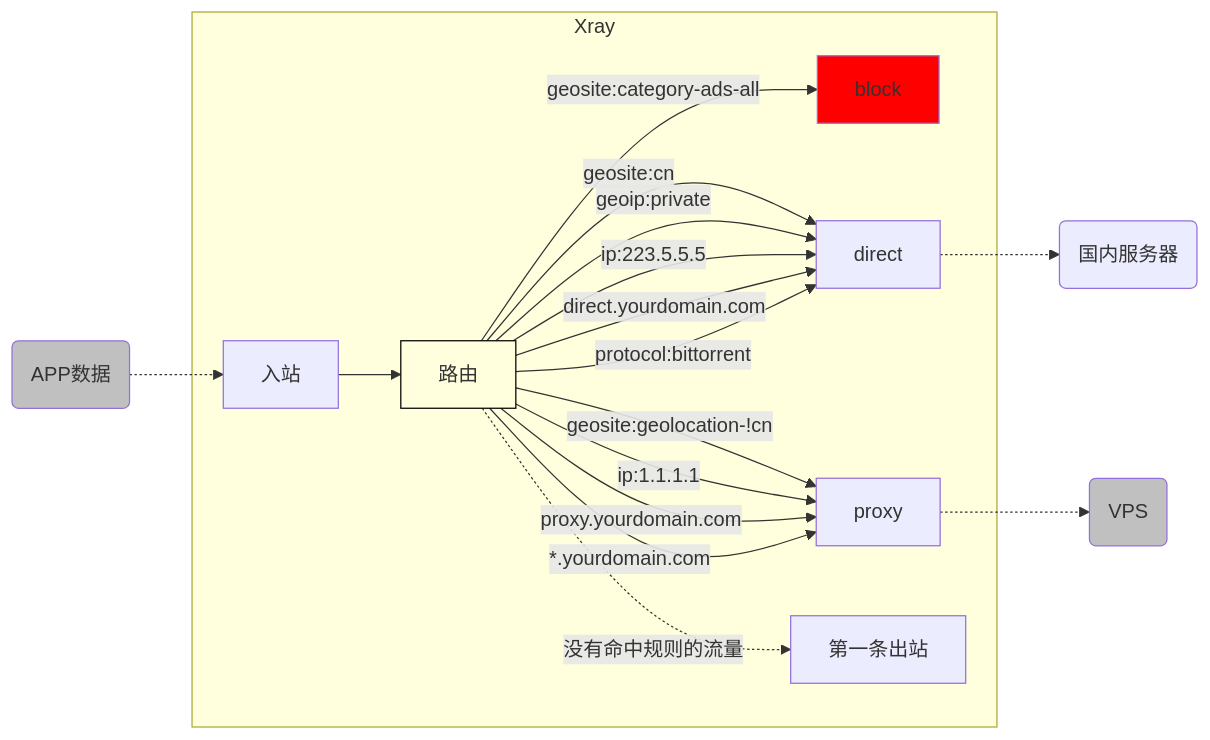
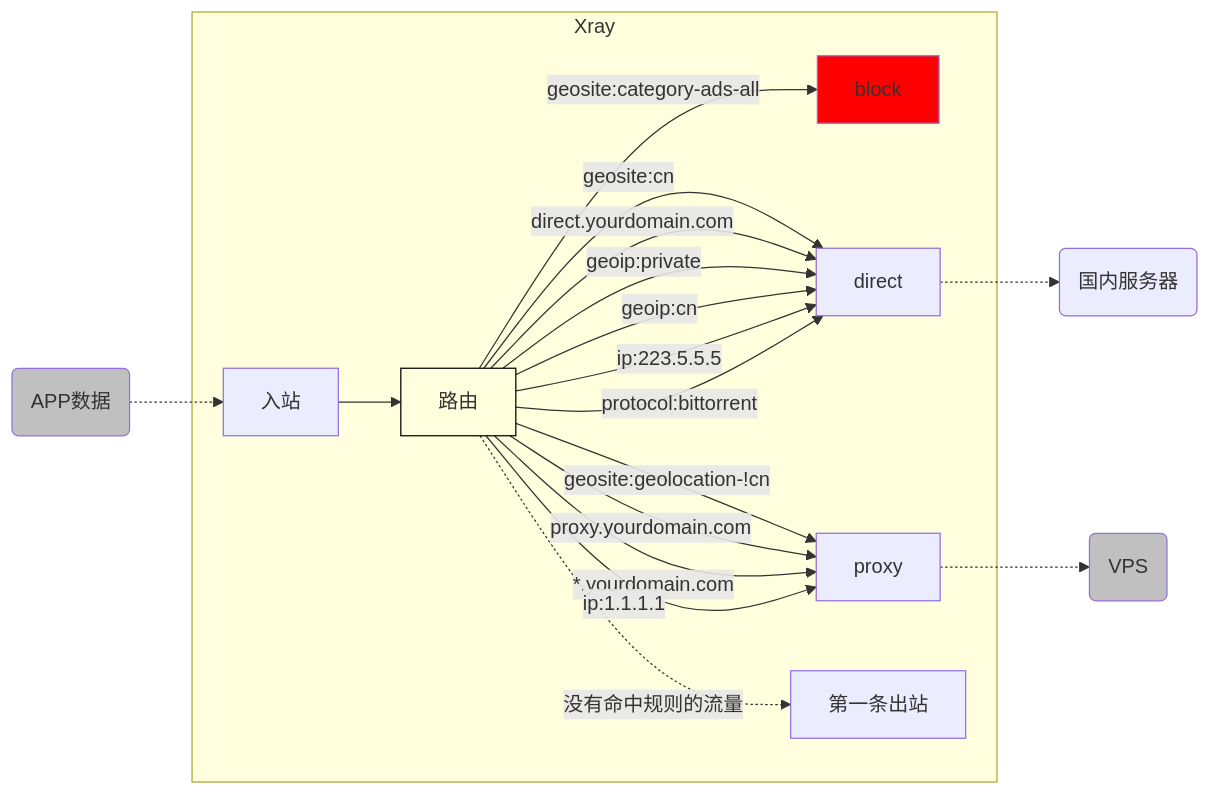
One commit to XTLS/XTLS.github.io changed the diagram in content/documents/level-1/routing-lv1-part2.md. Above: the diagram before and after it, drawn with Mermaid. The commit also changed other lines of this file, not shown here.

```diff
--- a/content/documents/level-1/routing-lv1-part2.md
+++ b/content/documents/level-1/routing-lv1-part2.md
@@ -253,35 +299,36 @@
 {{<mermaid align="left">}}
 graph LR;
 
     S(APP数据) .-> I[入站]
 
     subgraph Xray
     I --> R[路由] -- "geosite:category-ads-all" --> O1[block]
 
     R[路由] -- "geosite:cn" --> O2[direct]
+    R[路由] -- "direct.yourdomain.com" --> O2[direct]
     R[路由] -- "geoip:private" --> O2[direct]
+    R[路由] -- "geoip:cn" --> O2[direct]
     R[路由] -- "ip:223.5.5.5" --> O2[direct]
-    R[路由] -- "direct.yourdomain.com" --> O2[direct]
     R[路由] -- "protocol:bittorrent" --> O2[direct]
 
     R[路由] -- "geosite:geolocation-!cn" --> O3[proxy]
-    R[路由] -- "ip:1.1.1.1" --> O3[proxy]
     R[路由] -- "proxy.yourdomain.com" --> O3[proxy]
     R[路由] -- "*.yourdomain.com" --> O3[proxy]
+    R[路由] -- "ip:1.1.1.1" --> O3[proxy]
 
     R[路由] -. "没有命中规则的流量" .-> O4[第一条出站]
 
     end
 
     O2 .-> D(国内服务器)
     O3 .-> V(VPS)
 
     O1:::redclass
     V:::greyclass
     S:::greyclass
     R:::routingclass
     classDef redclass fill:#FF0000
     classDef greyclass fill:#C0C0C0
     classDef routingclass fill:#FFFFDE,stroke:#000000
 
 {{< /mermaid >}}
```
